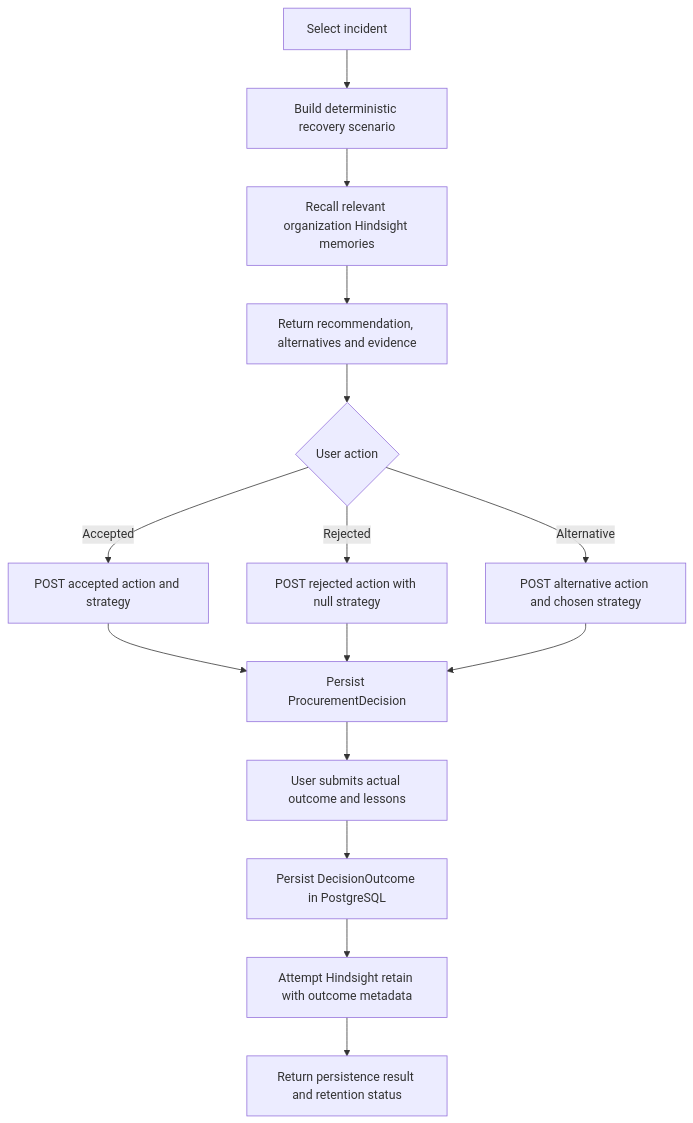
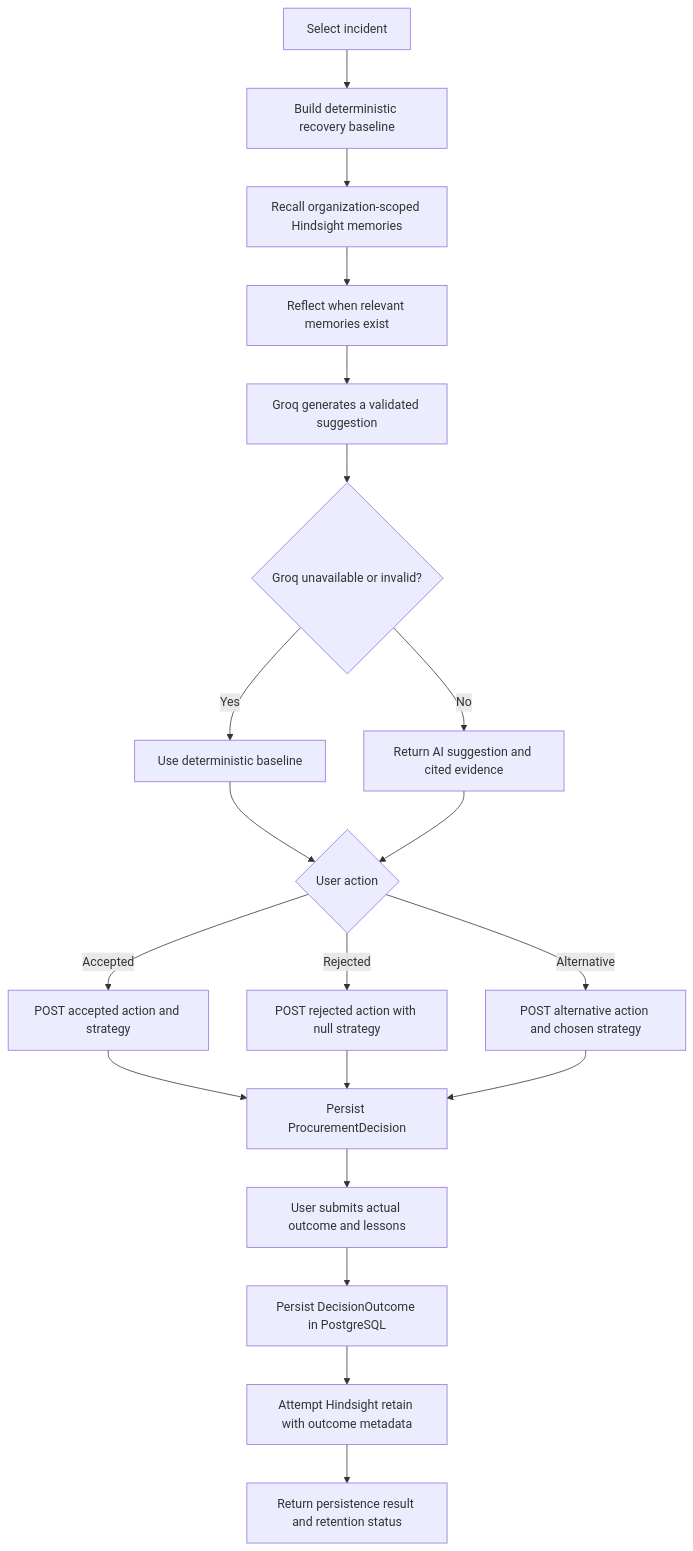
One commit to GandrothuNagaSaiRishitha/Resilient-Supply-Chains changed the fourth of 8 diagrams in README.md. Above: the diagram before and after it, drawn with Mermaid. The commit also changed other lines of this file and 32 other files, not shown here.

````diff
--- a/README.md
+++ b/README.md
@@ -155,17 +155,22 @@
 ```mermaid
 flowchart TD
-    A[Select incident] --> B[Build deterministic recovery scenario]
-    B --> C[Recall relevant organization Hindsight memories]
-    C --> D[Return recommendation, alternatives and evidence]
-    D --> E{User action}
-    E -- Accepted --> F[POST accepted action and strategy]
-    E -- Rejected --> G[POST rejected action with null strategy]
-    E -- Alternative --> H[POST alternative action and chosen strategy]
-    F --> I[Persist ProcurementDecision]
-    G --> I
+    A[Select incident] --> B[Build deterministic recovery baseline]
+    B --> C[Recall organization-scoped Hindsight memories]
+    C --> D[Reflect when relevant memories exist]
+    D --> E[Groq generates a validated suggestion]
+    E --> F{Groq unavailable or invalid?}
+    F -- Yes --> G[Use deterministic baseline]
+    F -- No --> H[Return AI suggestion and cited evidence]
+    G --> I{User action}
     H --> I
-    I --> J[User submits actual outcome and lessons]
-    J --> K[Persist DecisionOutcome in PostgreSQL]
-    K --> L[Attempt Hindsight retain with outcome metadata]
-    L --> M[Return persistence result and retention status]
+    I -- Accepted --> J[POST accepted action and strategy]
+    I -- Rejected --> K[POST rejected action with null strategy]
+    I -- Alternative --> L[POST alternative action and chosen strategy]
+    J --> M[Persist ProcurementDecision]
+    K --> M
+    L --> M
+    M --> N[User submits actual outcome and lessons]
+    N --> O[Persist DecisionOutcome in PostgreSQL]
+    O --> P[Attempt Hindsight retain with outcome metadata]
+    P --> Q[Return persistence result and retention status]
 ```
````
